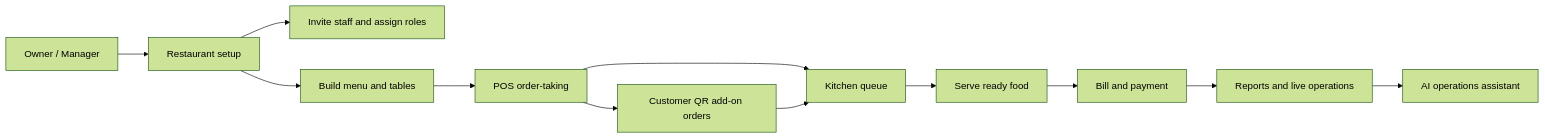
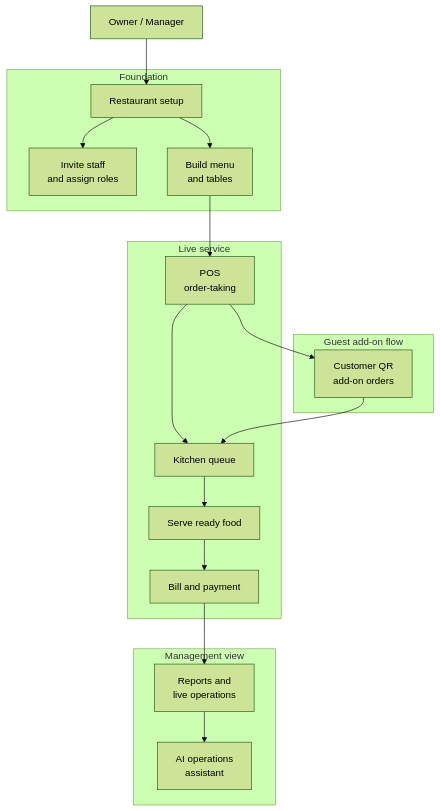
Before and after one commit to Pick5956/Capstone-Hub: the first of 2 diagrams in README.md, drawn with Mermaid (forest theme). The commit also changed other lines of this file, not shown here.

````diff
--- a/README.md
+++ b/README.md
@@ -49,14 +49,26 @@
 ```mermaid
-flowchart LR
+flowchart TB
   Owner["Owner / Manager"] --> Setup["Restaurant setup"]
-  Setup --> Staff["Invite staff and assign roles"]
-  Setup --> Catalog["Build menu and tables"]
-  Catalog --> POS["POS order-taking"]
-  POS --> Kitchen["Kitchen queue"]
-  Kitchen --> Serve["Serve ready food"]
-  Serve --> Bill["Bill and payment"]
-  Bill --> Reports["Reports and live operations"]
-  POS --> QR["Customer QR add-on orders"]
-  QR --> Kitchen
-  Reports --> AI["AI operations assistant"]
+
+  subgraph Foundation["Foundation"]
+    Setup --> Staff["Invite staff<br/>and assign roles"]
+    Setup --> Catalog["Build menu<br/>and tables"]
+  end
+
+  subgraph Service["Live service"]
+    Catalog --> POS["POS<br/>order-taking"]
+    POS --> Kitchen["Kitchen queue"]
+    Kitchen --> Serve["Serve ready food"]
+    Serve --> Bill["Bill and payment"]
+  end
+
+  subgraph Guest["Guest add-on flow"]
+    POS --> QR["Customer QR<br/>add-on orders"]
+    QR --> Kitchen
+  end
+
+  subgraph Management["Management view"]
+    Bill --> Reports["Reports and<br/>live operations"]
+    Reports --> AI["AI operations<br/>assistant"]
+  end
 ```
````
